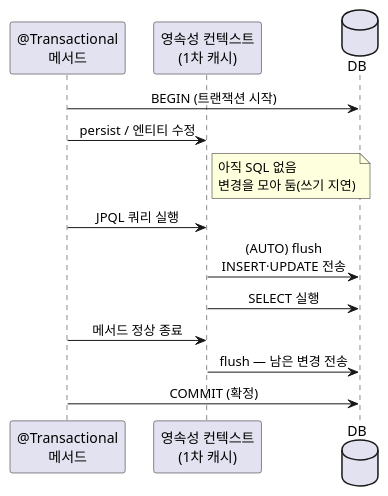
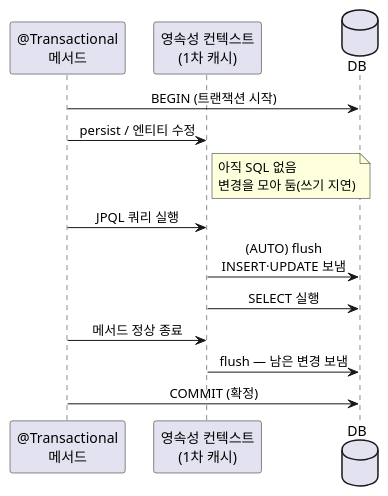
Before and after one commit to johnycho/johny-dev: the diagram in blog/2026-10-23-jpa-hibernate-flush-commit-rollback-timing.mdx, drawn with PlantUML. The commit also changed other lines of this file and 4 other files, not shown here.

````diff
--- a/blog/2026-10-23-jpa-hibernate-flush-commit-rollback-timing.mdx
+++ b/blog/2026-10-23-jpa-hibernate-flush-commit-rollback-timing.mdx
@@ -41,20 +41,20 @@
 ```plantuml
 @startuml
 skinparam shadowing false
 skinparam defaultFontName sans-serif
 skinparam sequenceMessageAlign center
 participant "@Transactional\n메서드" as M
 participant "영속성 컨텍스트\n(1차 캐시)" as PC
 database DB
 
 M -> DB : BEGIN (트랜잭션 시작)
 M -> PC : persist / 엔티티 수정
 note right of PC : 아직 SQL 없음\n변경을 모아 둠(쓰기 지연)
 M -> PC : JPQL 쿼리 실행
-PC -> DB : (AUTO) flush\nINSERT·UPDATE 전송
+PC -> DB : (AUTO) flush\nINSERT·UPDATE 보냄
 PC -> DB : SELECT 실행
 M -> PC : 메서드 정상 종료
-PC -> DB : flush — 남은 변경 전송
+PC -> DB : flush — 남은 변경 보냄
 M -> DB : COMMIT (확정)
 @enduml
 ```
````
